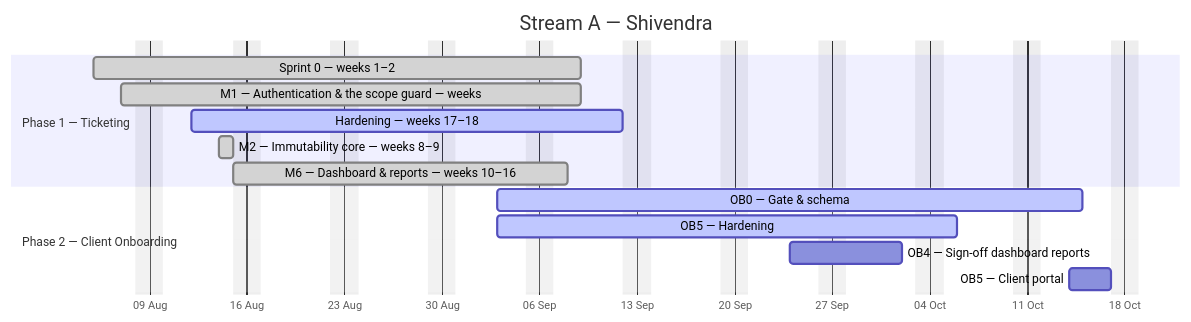
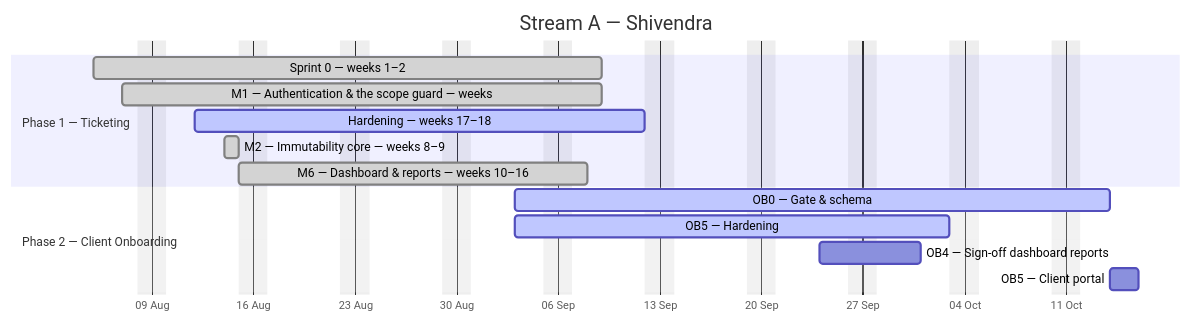
The first of 4 diagrams in docs/plan/GANTT.md (debashisedunext/EduTrack), drawn with Mermaid before and after one commit. The commit also changed other lines of this file and 2 other files, not shown here.

````diff
--- a/docs/plan/GANTT.md
+++ b/docs/plan/GANTT.md
@@ -133,18 +133,18 @@
 ```mermaid
 gantt
     dateFormat YYYY-MM-DD
     axisFormat %d %b
     title Stream A — Shivendra
     excludes weekends
     section Phase 1 — Ticketing
     Sprint 0 — weeks 1–2 :done, a0, 2026-08-05, 25d
     M1 — Authentication & the scope guard — weeks :done, a1, 2026-08-07, 23d
     Hardening — weeks 17–18 :active, a2, 2026-08-12, 23d
     M2 — Immutability core — weeks 8–9 :done, a3, 2026-08-14, 1d
     M6 — Dashboard & reports — weeks 10–16 :done, a4, 2026-08-15, 17d
     section Phase 2 — Client Onboarding
-    OB0 — Gate & schema :active, a5, 2026-09-03, 30d
-    OB5 — Hardening :active, a6, 2026-09-03, 23d
-    OB4 — Sign-off  dashboard  reports :a7, 2026-09-24, 6d
-    OB5 — Client portal :a8, 2026-10-14, 3d
+    OB0 — Gate & schema :active, a5, 2026-09-03, 29d
+    OB5 — Hardening :active, a6, 2026-09-03, 22d
+    OB4 — Sign-off  dashboard  reports :a7, 2026-09-24, 5d
+    OB5 — Client portal :a8, 2026-10-14, 2d
 ```
````
